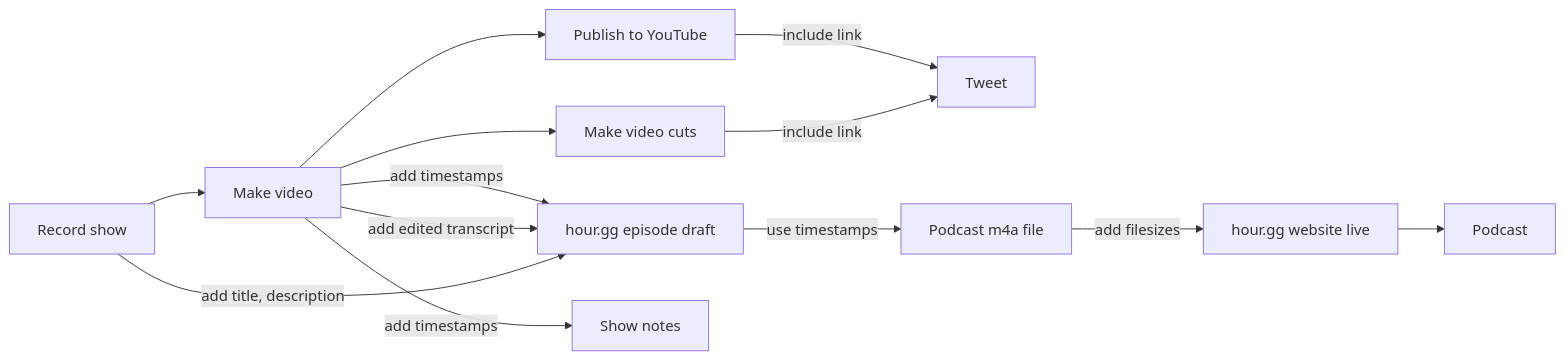
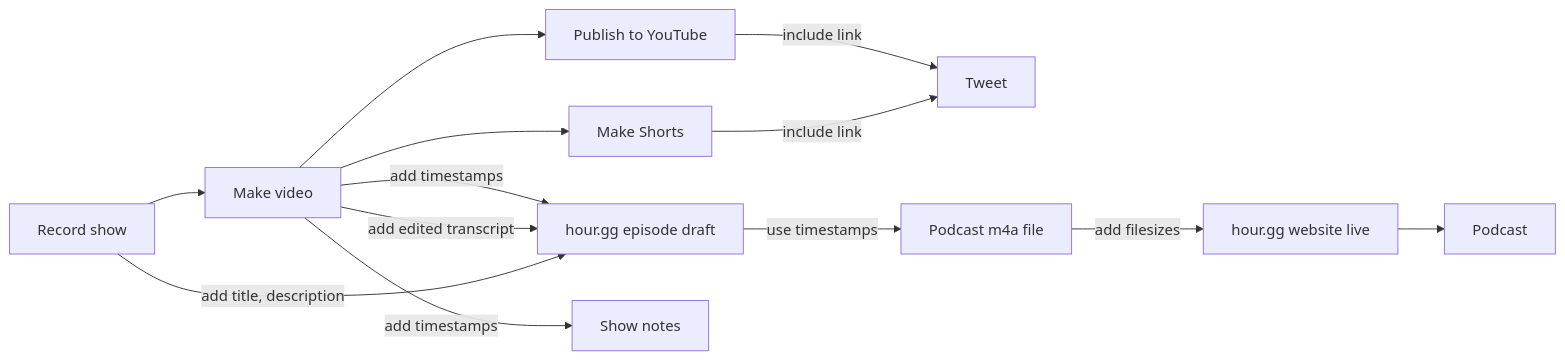
One commit to community-service/hour.gg changed the diagram in README.md. Above: the diagram before and after it, drawn with Mermaid. The commit also changed other lines of this file and 5 other files, not shown here.

````diff
--- a/README.md
+++ b/README.md
@@ -34,26 +13,26 @@
 ```mermaid
 graph LR
 s[Record show]
 v[Make video]
-v2[Make video cuts]
+v2[Make Shorts]
 yt[Publish to YouTube]
 tw[Tweet]
 hgg[hour.gg episode draft]
 sn[Show notes]
 pm[Podcast m4a file]
 hggl[hour.gg website live]
 p[Podcast]
 
 v-->yt
 v-->v2
 v--add timestamps-->sn
 yt--include link-->tw
 v--add timestamps-->hgg
 v--add edited transcript-->hgg
 v2--include link-->tw
 s--add title, description-->hgg
 s-->v
 hgg--use timestamps-->pm
 pm--add filesizes-->hggl
 hggl-->p
 ```
````
